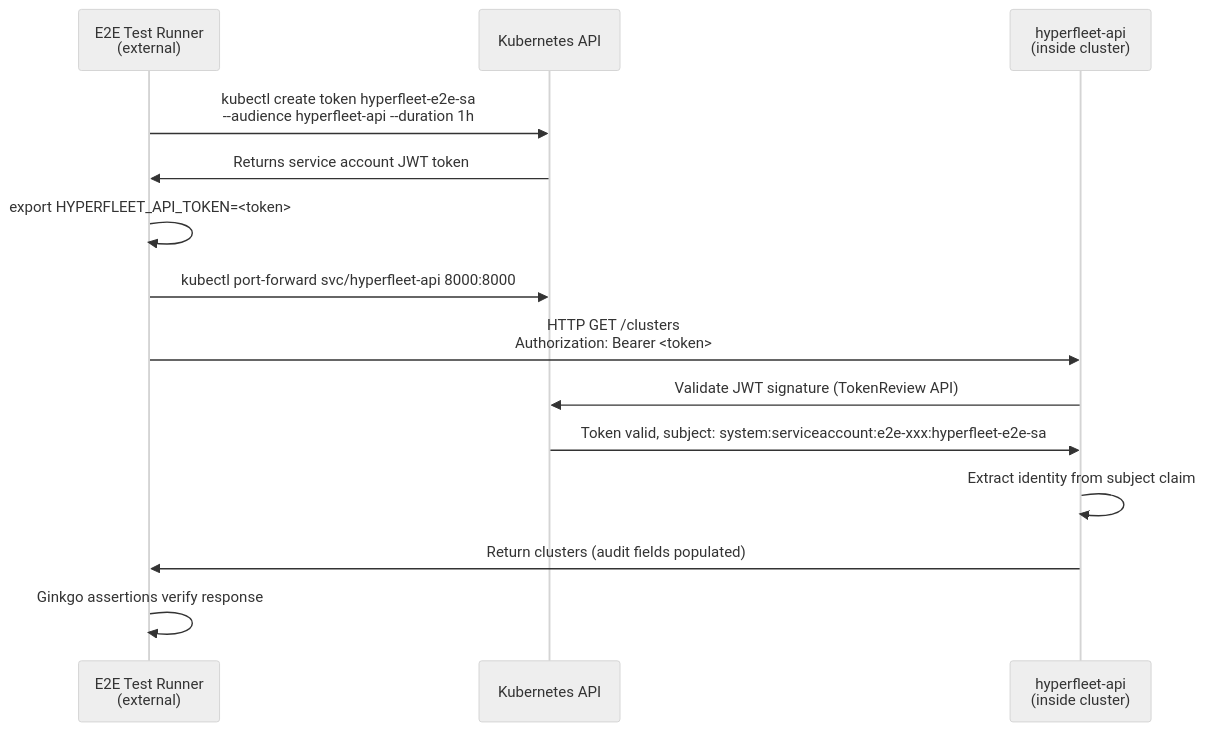
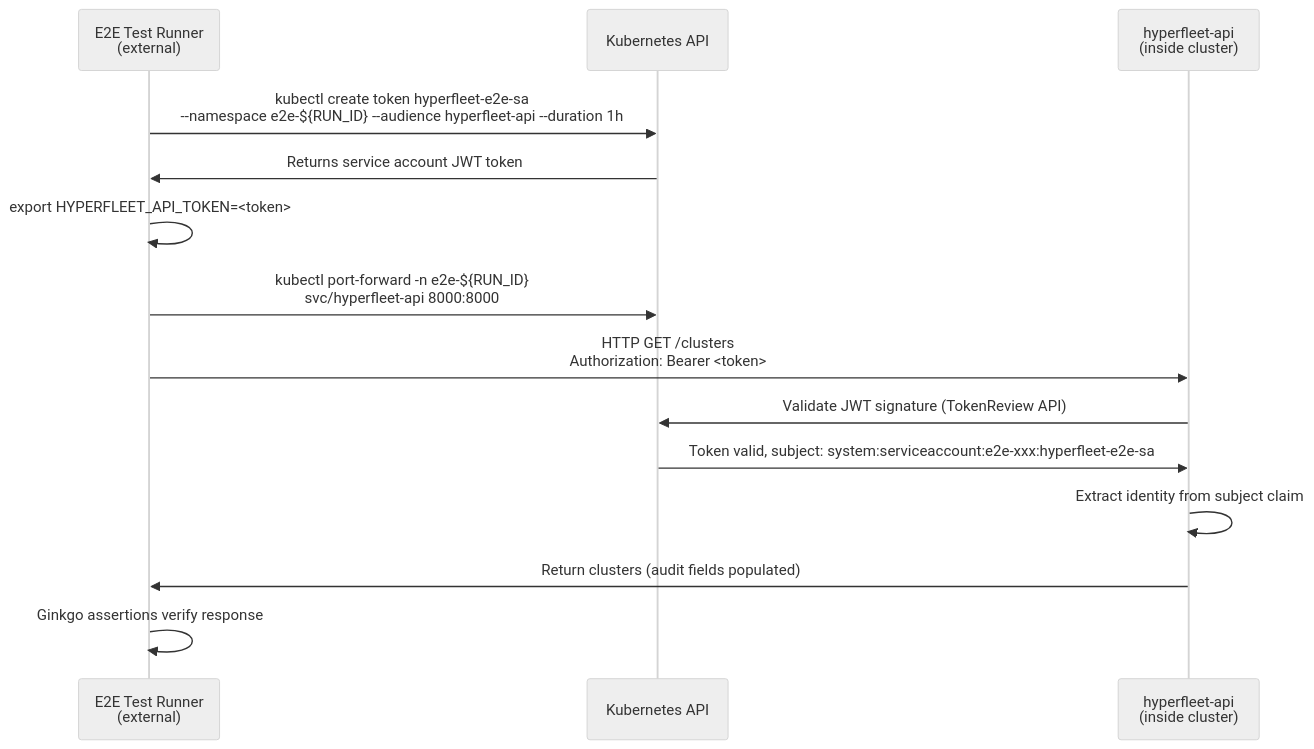
One commit to ldornele/architecture changed the second of 2 diagrams in hyperfleet/adrs/0018-e2e-jwt-tls-architecture.md. Above: the diagram before and after it, drawn with Mermaid (neutral theme). The commit also changed other lines of this file, not shown here.

Commit message:
HYPERFLEET-1342 - docs: document kubectl create token for E2E authentication

````diff
--- a/hyperfleet/adrs/0018-e2e-jwt-tls-architecture.md
+++ b/hyperfleet/adrs/0018-e2e-jwt-tls-architecture.md
@@ -76,17 +76,17 @@
 ```mermaid
 sequenceDiagram
     participant E2E as E2E Test Runner<br/>(external)
     participant K8s as Kubernetes API
     participant API as hyperfleet-api<br/>(inside cluster)
 
-    E2E->>K8s: kubectl create token hyperfleet-e2e-sa<br/>--audience hyperfleet-api --duration 1h
+    E2E->>K8s: kubectl create token hyperfleet-e2e-sa<br/>--namespace e2e-${RUN_ID} --audience hyperfleet-api --duration 1h
     K8s->>E2E: Returns service account JWT token
     E2E->>E2E: export HYPERFLEET_API_TOKEN=<token>
-    E2E->>K8s: kubectl port-forward svc/hyperfleet-api 8000:8000
+    E2E->>K8s: kubectl port-forward -n e2e-${RUN_ID}<br/>svc/hyperfleet-api 8000:8000
     E2E->>API: HTTP GET /clusters<br/>Authorization: Bearer <token>
     API->>K8s: Validate JWT signature (TokenReview API)
     K8s->>API: Token valid, subject: system:serviceaccount:e2e-xxx:hyperfleet-e2e-sa
     API->>API: Extract identity from subject claim
     API->>E2E: Return clusters (audit fields populated)
     E2E->>E2E: Ginkgo assertions verify response
 ```
````
